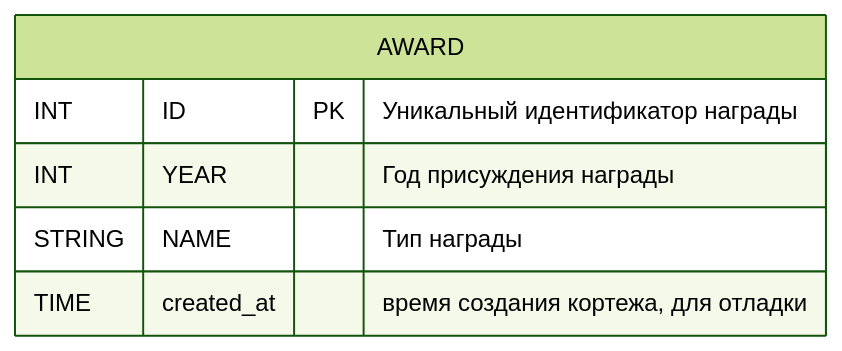
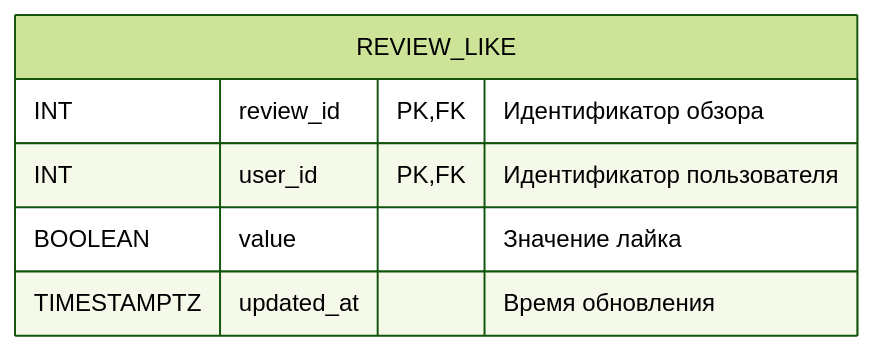
One commit to go-park-mail-ru/2024_1_Cyberkotletki changed diagram 12 of 15 in db/normalized/relations.md. Above: the diagram before and after it, drawn with Mermaid (forest theme). The commit also changed other lines of this file and 3 other files, not shown here.

````diff
--- a/db/normalized/relations.md
+++ b/db/normalized/relations.md
@@ -468,9 +310,9 @@
 ```mermaid
 erDiagram
-    AWARD {
-        INT ID PK "Уникальный идентификатор награды"
-        INT YEAR "Год присуждения награды"
-        STRING NAME "Тип награды"
-        TIME created_at "время создания кортежа, для отладки"
+    REVIEW_LIKE {
+        INT review_id PK, FK "Идентификатор обзора"
+        INT user_id PK, FK "Идентификатор пользователя"
+        BOOLEAN value "Значение лайка"
+        TIMESTAMPTZ updated_at "Время обновления"
     }
 ```
````
